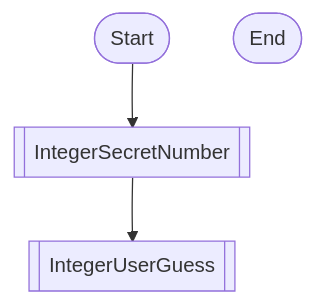
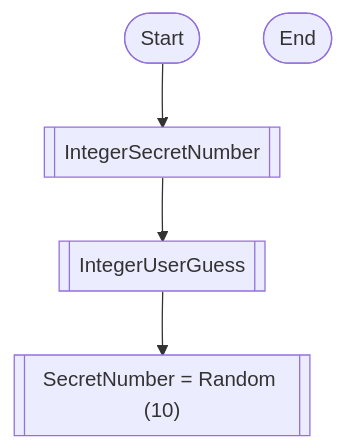
The diagram in Guessing.md (njedwards1872/njedwards1872.github.io), drawn with Mermaid before and after one commit.

````diff
--- a/Guessing.md
+++ b/Guessing.md
@@ -1,8 +1,10 @@
 ```mermaid
 flowchart TD
  Start([Start]) --> 
     A@{ shape: subproc, label: "IntegerSecretNumber" } -->
-    B@{ shape: subproc, label: "IntegerUserGuess" }
+    B@{ shape: subproc, label: "IntegerUserGuess" } -->
+    C@{ shape: subproc, label: "SecretNumber = Random (10)" }
+
 
  End([End])
 ```
````
